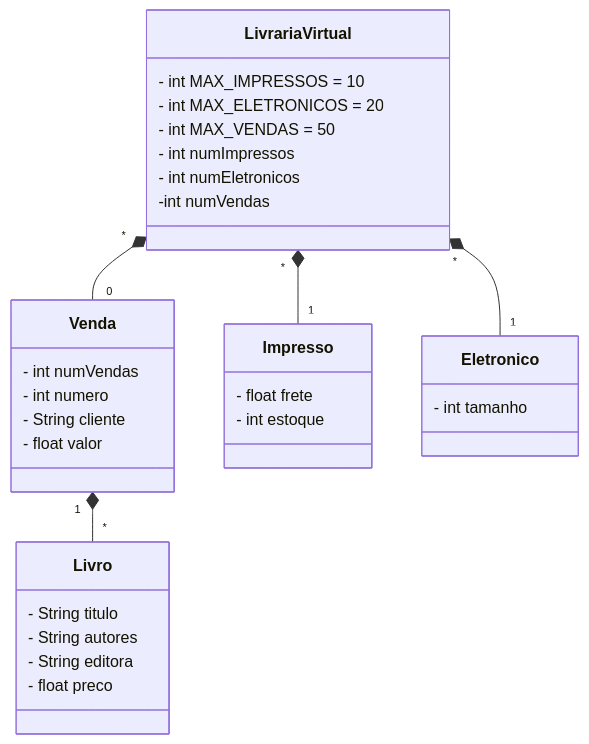
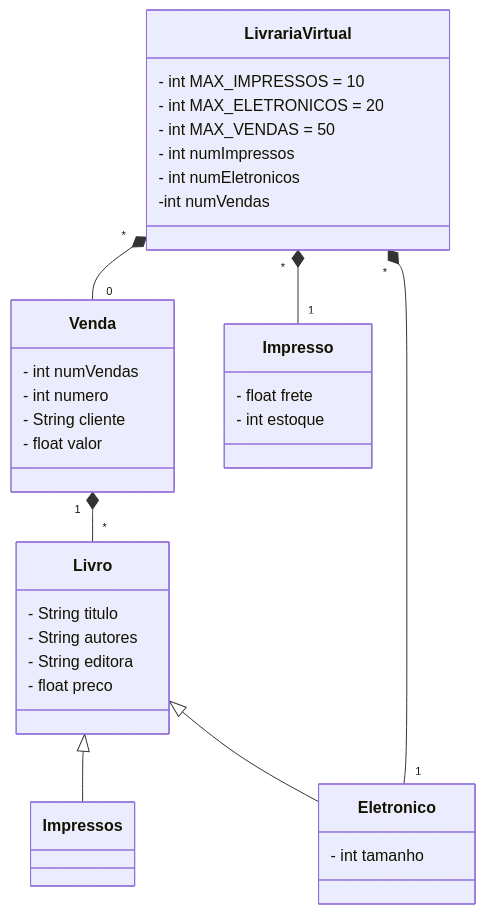
One commit to DevTrail-Squad-4/Desafiodalivraria changed the diagram in README.md. Above: the diagram before and after it, drawn with Mermaid.

````diff
--- a/README.md
+++ b/README.md
@@ -3,39 +3,41 @@
 ```mermaid
 classDiagram
   class LivrariaVirtual {
     - int MAX_IMPRESSOS = 10
     - int MAX_ELETRONICOS = 20
     - int MAX_VENDAS = 50
     - int numImpressos
     - int numEletronicos
 	-int numVendas
   }
 
   class Venda {
     - int numVendas
     - int numero
     - String cliente
     - float valor
   }
 
   class Impresso {
     - float frete
     - int estoque
   }
 
   class Eletronico {
     - int tamanho
   }
 
   class Livro {
     - String titulo
     - String autores
     - String editora
     - float preco
   }
 
   LivrariaVirtual "*" *-- "0" Venda
   LivrariaVirtual "*" *-- "1" Impresso
   LivrariaVirtual "*" *-- "1" Eletronico
   Venda "1" *-- "*" Livro
+Livro <|-- Impressos
+    Livro <|-- Eletronico
 ```
````
